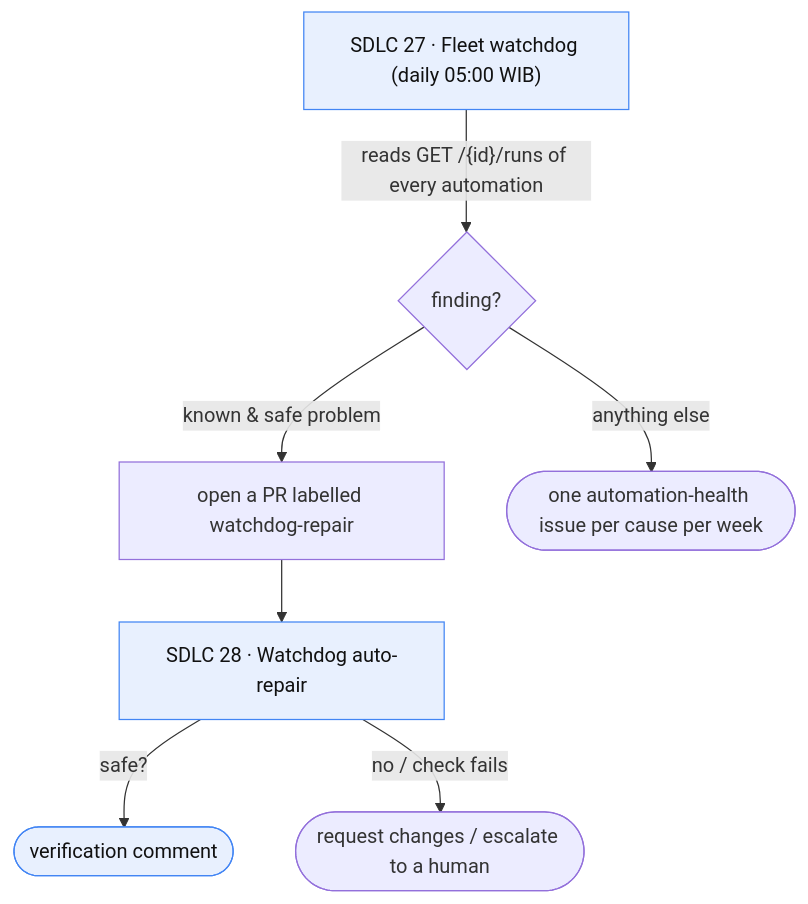
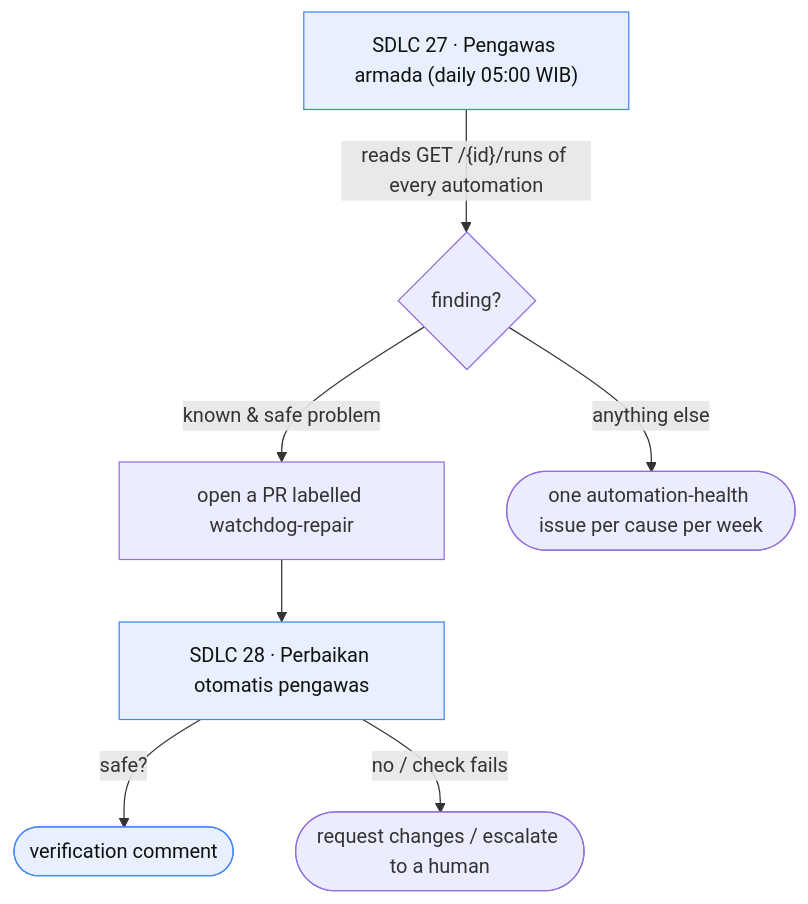
The fifth of 5 diagrams in docs/SDLC-FLOW.md (ypcipansor/cipansor), drawn with Mermaid before and after one commit. The commit also changed other lines of this file, not shown here.

First line of the commit message:
docs(sdlc): use the live automation names in the flow diagram

````diff
--- a/docs/SDLC-FLOW.md
+++ b/docs/SDLC-FLOW.md
@@ -160,11 +160,11 @@
 ```mermaid
 flowchart TD
   classDef cloud fill:#e8f0fe,stroke:#4285f4,color:#111;
-  WD["SDLC 27 · Fleet watchdog (daily 05:00 WIB)"]:::cloud
+  WD["SDLC 27 · Pengawas armada (daily 05:00 WIB)"]:::cloud
   WD -- "reads GET /{id}/runs of every automation" --> SCAN{"finding?"}
   SCAN -- "known & safe problem" --> FIX["open a PR labelled watchdog-repair"]
-  FIX --> C28["SDLC 28 · Watchdog auto-repair"]:::cloud
+  FIX --> C28["SDLC 28 · Perbaikan otomatis pengawas"]:::cloud
   C28 -- "safe?" --> VOK(["verification comment"]):::cloud
   C28 -- "no / check fails" --> ESC(["request changes / escalate to a human"])
   SCAN -- "anything else" --> ISS(["one automation-health issue per cause per week"])
 ```
````
